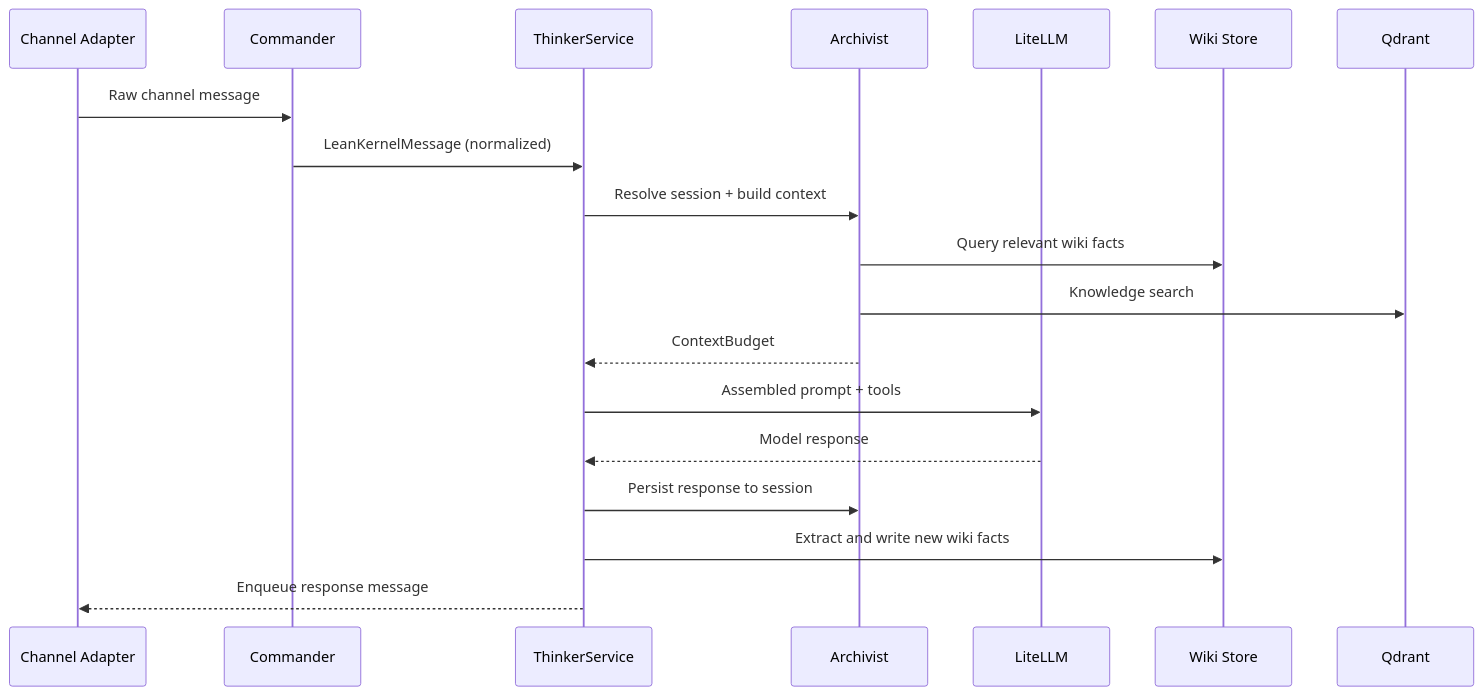
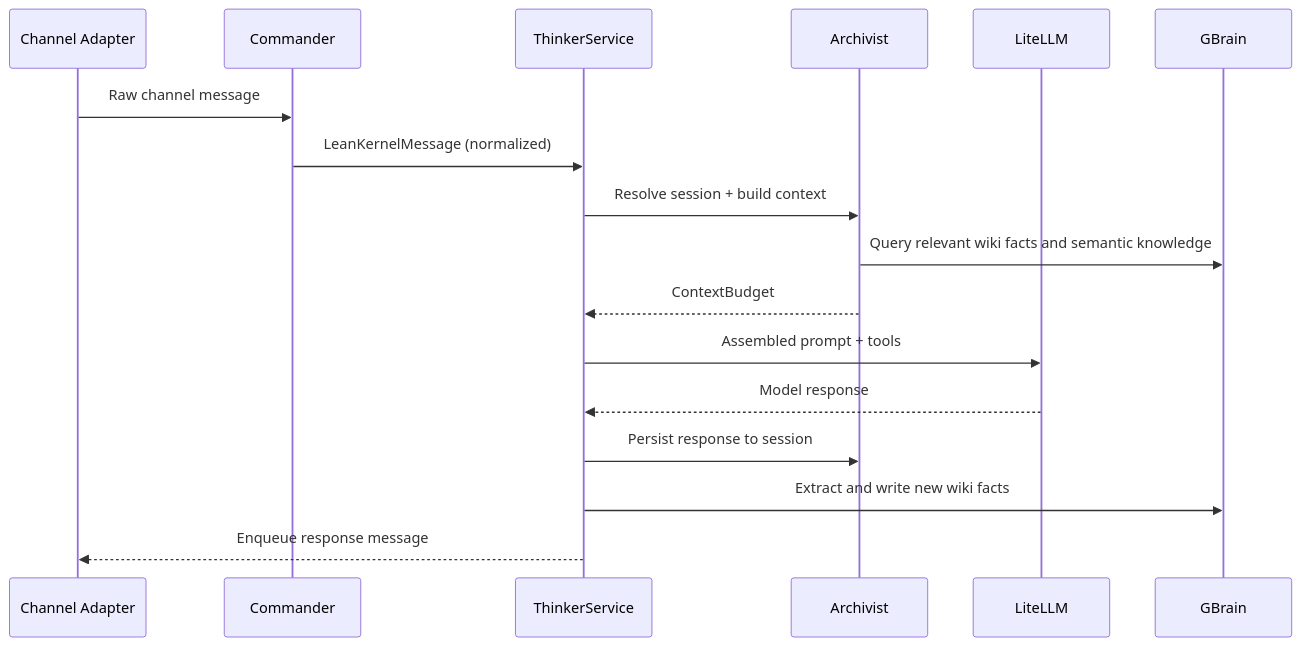
One commit to achingono/leankernel changed the first of 3 diagrams in docs/architecture/key-flows.md. Above: the diagram before and after it, drawn with Mermaid. The commit also changed other lines of this file and 7 other files, not shown here.

````diff
--- a/docs/architecture/key-flows.md
+++ b/docs/architecture/key-flows.md
@@ -9,22 +9,20 @@
 ```mermaid
 sequenceDiagram
     participant Channel as Channel Adapter
     participant Commander
     participant Thinker as ThinkerService
     participant Archivist
     participant LiteLLM
-    participant Wiki as Wiki Store
-    participant Qdrant
+    participant GBrain
 
     Channel->>Commander: Raw channel message
     Commander->>Thinker: LeanKernelMessage (normalized)
     Thinker->>Archivist: Resolve session + build context
-    Archivist->>Wiki: Query relevant wiki facts
-    Archivist->>Qdrant: Knowledge search
+    Archivist->>GBrain: Query relevant wiki facts and semantic knowledge
     Archivist-->>Thinker: ContextBudget
     Thinker->>LiteLLM: Assembled prompt + tools
     LiteLLM-->>Thinker: Model response
     Thinker->>Archivist: Persist response to session
-    Thinker->>Wiki: Extract and write new wiki facts
+    Thinker->>GBrain: Extract and write new wiki facts
     Thinker-->>Channel: Enqueue response message
 ```
````
